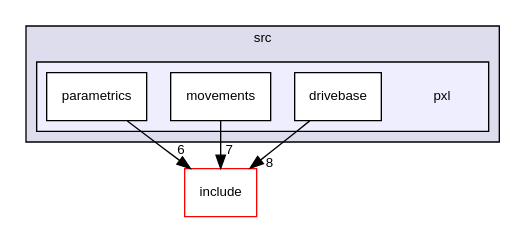
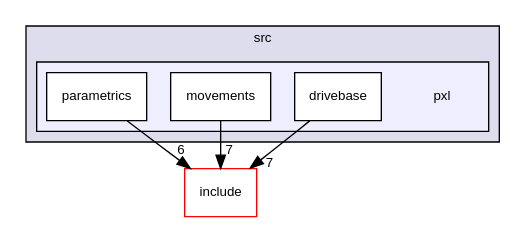
Before and after one commit to Pixel-Lib/Pixel: the diagram in dir_87a857eff530ad659c1a04633acb58d5_dep.dot, drawn with Graphviz. The commit also changed 159 other files, not shown here.

```diff
--- a/dir_87a857eff530ad659c1a04633acb58d5_dep.dot
+++ b/dir_87a857eff530ad659c1a04633acb58d5_dep.dot
@@ -1,19 +1,19 @@
 digraph "src/pxl" {
   compound=true
   node [ fontsize="10", fontname="Helvetica"];
   edge [ labelfontsize="10", labelfontname="Helvetica"];
   subgraph clusterdir_68267d1309a1af8e8297ef4c3efbcdba {
     graph [ bgcolor="#ddddee", pencolor="black", label="src" fontname="Helvetica", fontsize="10", URL="dir_68267d1309a1af8e8297ef4c3efbcdba.html"]
   subgraph clusterdir_87a857eff530ad659c1a04633acb58d5 {
     graph [ bgcolor="#eeeeff", pencolor="black", label="" URL="dir_87a857eff530ad659c1a04633acb58d5.html"];
     dir_87a857eff530ad659c1a04633acb58d5 [shape=plaintext label="pxl"];
   dir_e919bc17ba6dd875156a1492c2b92224 [shape=box label="drivebase" fillcolor="white" style="filled" URL="dir_e919bc17ba6dd875156a1492c2b92224.html"];
   dir_da6b542a4b13fc055b1c444658d69961 [shape=box label="movements" fillcolor="white" style="filled" URL="dir_da6b542a4b13fc055b1c444658d69961.html"];
   dir_5268b233717f10508878cca84d25b979 [shape=box label="parametrics" fillcolor="white" style="filled" URL="dir_5268b233717f10508878cca84d25b979.html"];
   }
   }
   dir_d44c64559bbebec7f509842c48db8b23 [shape=box label="include" fillcolor="white" style="filled" color="red" URL="dir_d44c64559bbebec7f509842c48db8b23.html"];
   dir_da6b542a4b13fc055b1c444658d69961->dir_d44c64559bbebec7f509842c48db8b23 [headlabel="7", labeldistance=1.5 headhref="dir_000007_000000.html"];
   dir_5268b233717f10508878cca84d25b979->dir_d44c64559bbebec7f509842c48db8b23 [headlabel="6", labeldistance=1.5 headhref="dir_000008_000000.html"];
-  dir_e919bc17ba6dd875156a1492c2b92224->dir_d44c64559bbebec7f509842c48db8b23 [headlabel="8", labeldistance=1.5 headhref="dir_000006_000000.html"];
+  dir_e919bc17ba6dd875156a1492c2b92224->dir_d44c64559bbebec7f509842c48db8b23 [headlabel="7", labeldistance=1.5 headhref="dir_000006_000000.html"];
 }
```
